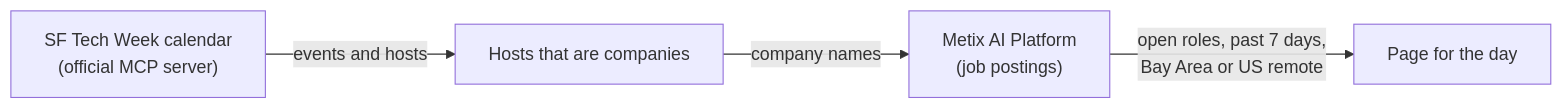
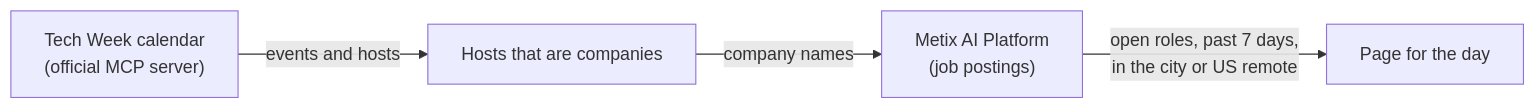
Before and after one commit to MetixAI-Official/job-board: the diagram in README.md, drawn with Mermaid. The commit also changed other lines of this file and 21 other files, not shown here.

First line of the commit message:
feat: publish early looks for every LA Tech Week day from Oct 9 postings

````diff
--- a/README.md
+++ b/README.md
@@ -22,6 +35,6 @@
 ```mermaid
 flowchart LR
-  A["SF Tech Week calendar<br/>(official MCP server)"] -->|events and hosts| B[Hosts that are companies]
+  A["Tech Week calendar<br/>(official MCP server)"] -->|events and hosts| B[Hosts that are companies]
   B -->|company names| C["Metix AI Platform<br/>(job postings)"]
-  C -->|open roles, past 7 days,<br/>Bay Area or US remote| D[Page for the day]
+  C -->|open roles, past 7 days,<br/>in the city or US remote| D[Page for the day]
 ```
````
